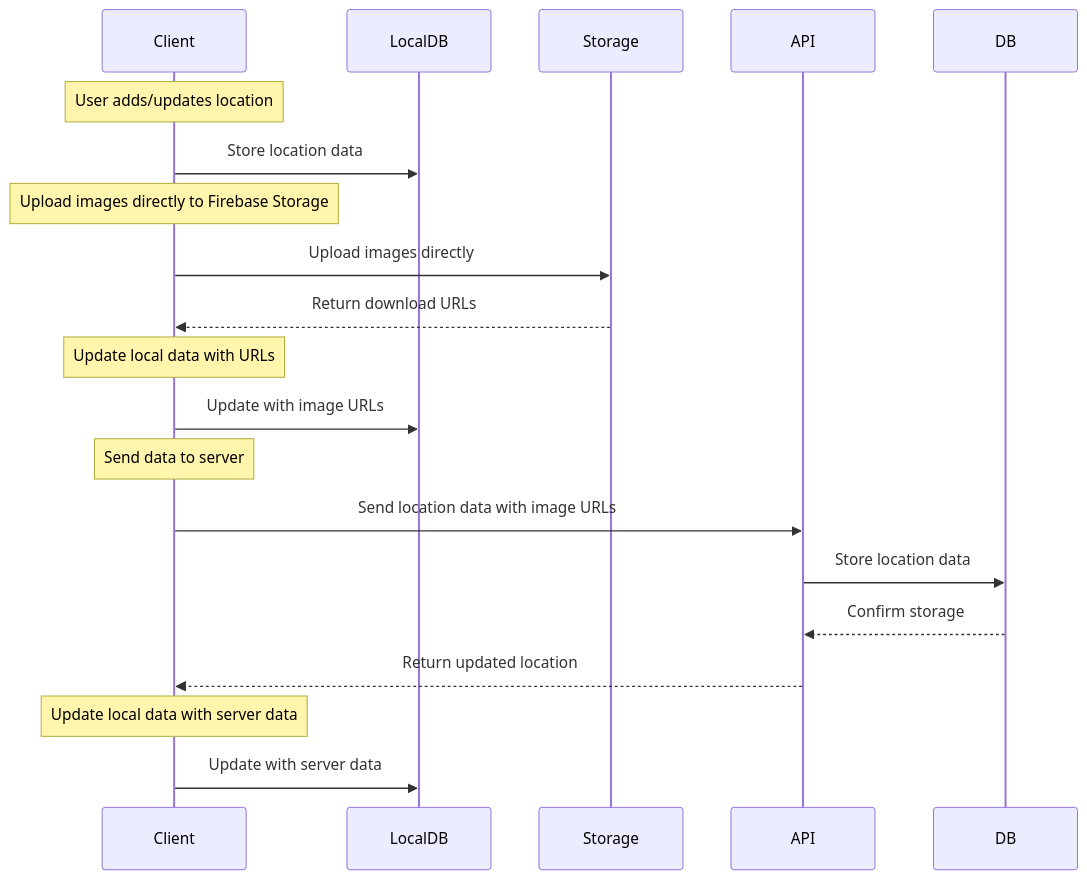
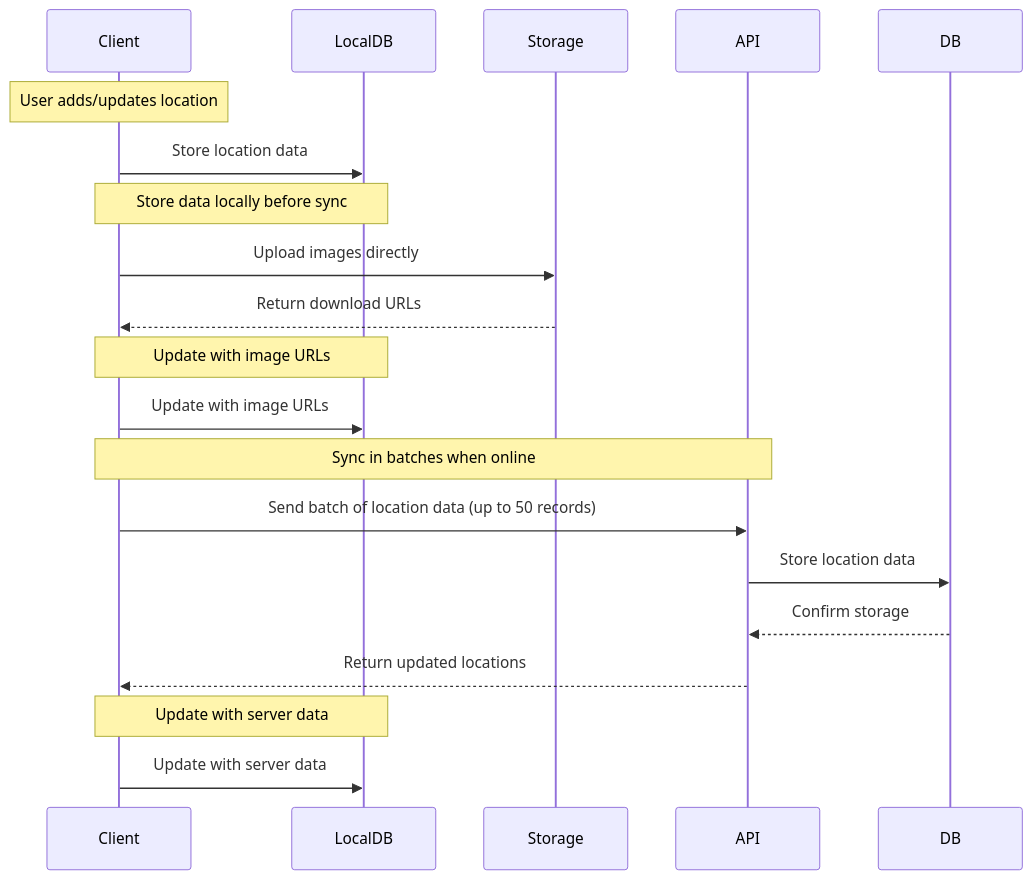
One commit to lhhiep2204/Locify changed the second of 5 diagrams in docs/Locify_System_Architecture.md. Above: the diagram before and after it, drawn with Mermaid. The commit also changed other lines of this file and 5 other files, not shown here.

Commit message:
Update documentation for clarity and optimized data flow notes

````diff
--- a/docs/Locify_System_Architecture.md
+++ b/docs/Locify_System_Architecture.md
@@ -147,23 +98,23 @@
 ```mermaid
 sequenceDiagram
     participant Client
     participant LocalDB
     participant Storage
     participant API
     participant DB
 
     Note over Client: User adds/updates location
     Client->>LocalDB: Store location data
-    Note over Client: Upload images directly to Firebase Storage
+    Note over Client,LocalDB: Store data locally before sync
     Client->>Storage: Upload images directly
     Storage-->>Client: Return download URLs
-    Note over Client: Update local data with URLs
+    Note over Client,LocalDB: Update with image URLs
     Client->>LocalDB: Update with image URLs
-    Note over Client: Send data to server
-    Client->>API: Send location data with image URLs
+    Note over Client,API: Sync in batches when online
+    Client->>API: Send batch of location data (up to 50 records)
     API->>DB: Store location data
     DB-->>API: Confirm storage
-    API-->>Client: Return updated location
-    Note over Client: Update local data with server data
+    API-->>Client: Return updated locations
+    Note over Client,LocalDB: Update with server data
     Client->>LocalDB: Update with server data
 ```
````
